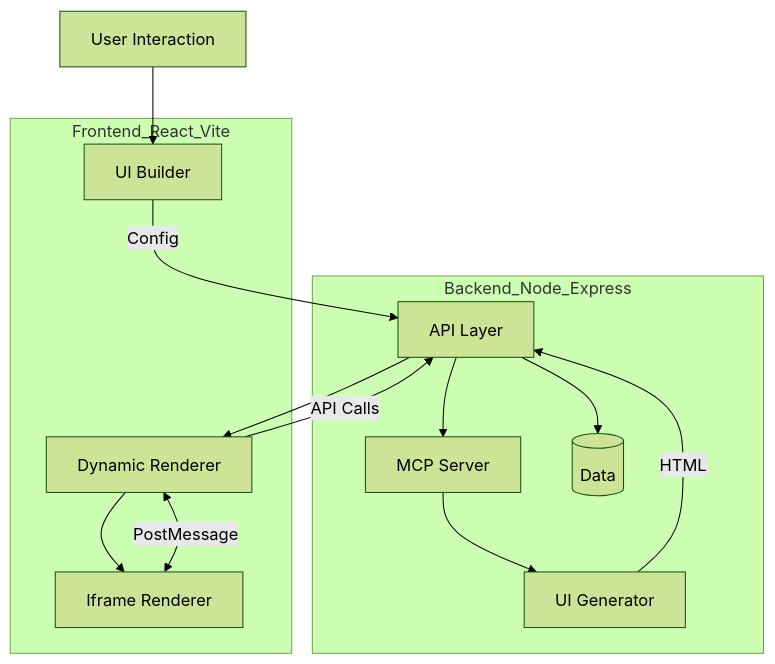
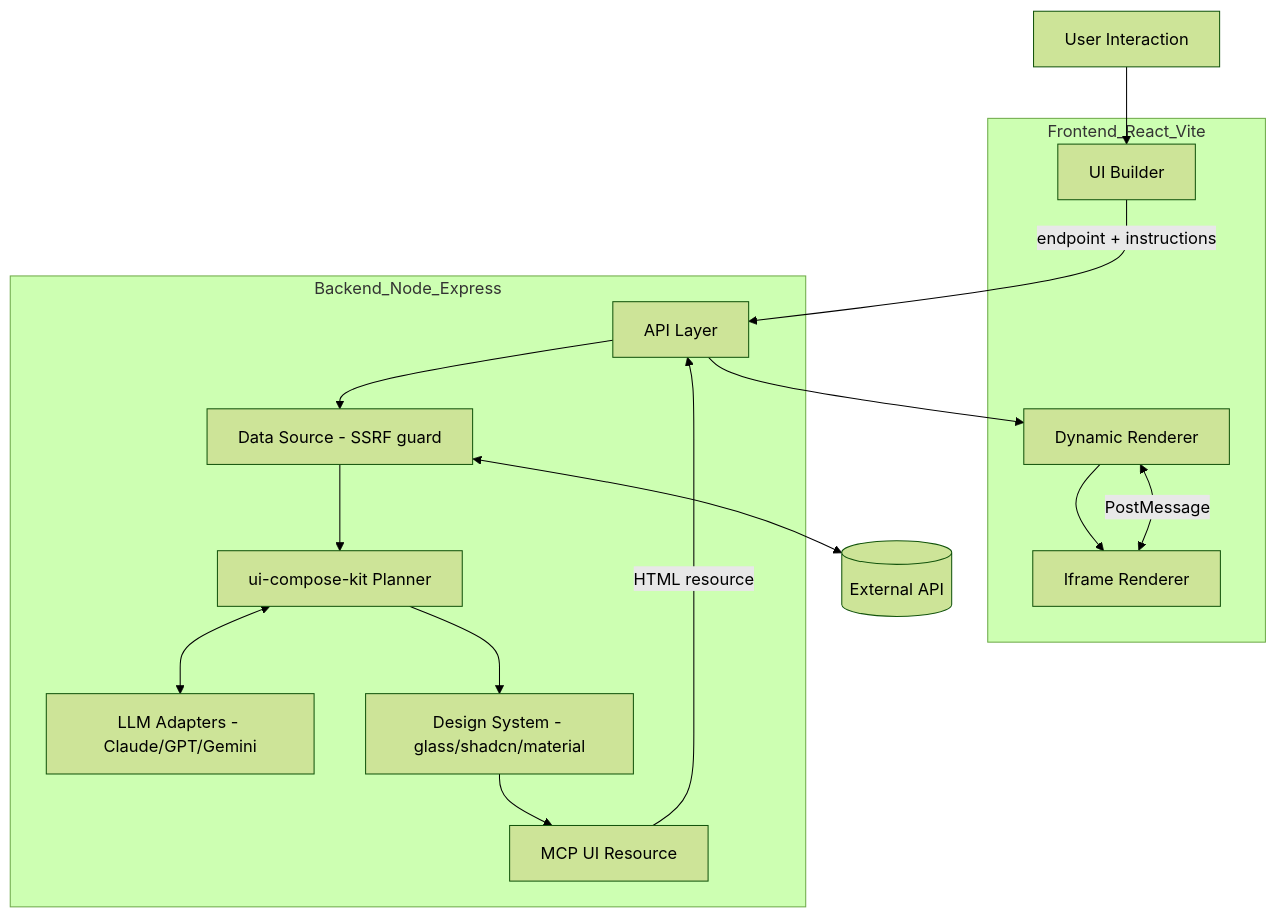
One commit to iamadi11/iamadi11 changed the diagram in README.md. Above: the diagram before and after it, drawn with Mermaid (forest theme).

Commit message:
Fix architecture diagram for endpoint-to-UI flow

````diff
--- a/README.md
+++ b/README.md
@@ -58,24 +58,29 @@
 ```mermaid
 flowchart TB
     U[User Interaction] --> F
     subgraph Frontend_React_Vite
         F[UI Builder]
         R[Dynamic Renderer]
         I[Iframe Renderer]
     end
     subgraph Backend_Node_Express
         A[API Layer]
-        M[MCP Server]
-        G[UI Generator]
-        D[(Data)]
+        DS[Data Source - SSRF guard]
+        P[ui-compose-kit Planner]
+        L[LLM Adapters - Claude/GPT/Gemini]
+        T[Design System - glass/shadcn/material]
+        M[MCP UI Resource]
     end
-    F -->|Config| A
-    A --> M
-    M --> G
-    G -->|HTML| A
+    E[(External API)]
+    F -->|endpoint + instructions| A
+    A --> DS
+    DS <--> E
+    DS --> P
+    P <--> L
+    P --> T
+    T --> M
+    M -->|HTML resource| A
     A --> R
     R --> I
     I <-->|PostMessage| R
-    R -->|API Calls| A
-    A --> D
 ```
````
